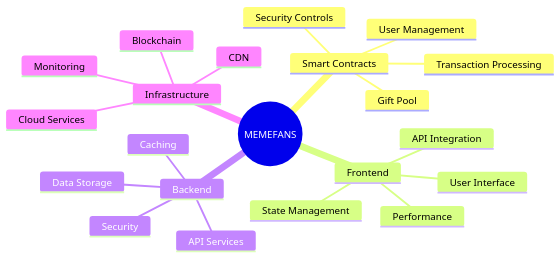
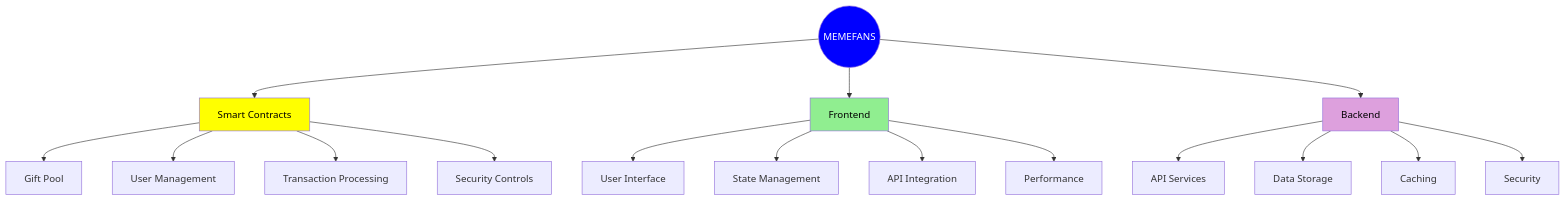
The first of 15 diagrams in docs/technical-details.md (MEMEFANS/memefans), drawn with Mermaid before and after one commit. The commit also changed other lines of this file and 15 other files, not shown here.

Commit message:
docs: update Mermaid diagram formats to use HTML div format for better rendering

````diff
--- a/docs/technical-details.md
+++ b/docs/technical-details.md
@@ -5,24 +5,26 @@
-```mermaid
-mindmap
-    root((MEMEFANS))
-        Smart Contracts
-            Gift Pool
-            User Management
-            Transaction Processing
-            Security Controls
-        Frontend
-            User Interface
-            State Management
-            API Integration
-            Performance
-        Backend
-            API Services
-            Data Storage
-            Caching
-            Security
-        Infrastructure
-            Blockchain
-            Cloud Services
-            CDN
-            Monitoring
-```
+<div class="mermaid">
+graph TD
+    MEMEFANS((MEMEFANS)) --> SC[Smart Contracts]
+    MEMEFANS --> FE[Frontend]
+    MEMEFANS --> BE[Backend]
+    
+    SC --> GP[Gift Pool]
+    SC --> UM[User Management]
+    SC --> TP[Transaction Processing]
+    SC --> SEC[Security Controls]
+    
+    FE --> UI[User Interface]
+    FE --> SM[State Management]
+    FE --> API[API Integration]
+    FE --> PF[Performance]
+    
+    BE --> AS[API Services]
+    BE --> DS[Data Storage]
+    BE --> CA[Caching]
+    BE --> SEC2[Security]
+    
+    style MEMEFANS fill:#0000FF,color:#FFFFFF
+    style SC fill:#FFFF00,color:#000000
+    style FE fill:#90EE90,color:#000000
+    style BE fill:#DDA0DD,color:#000000
+</div>
````
